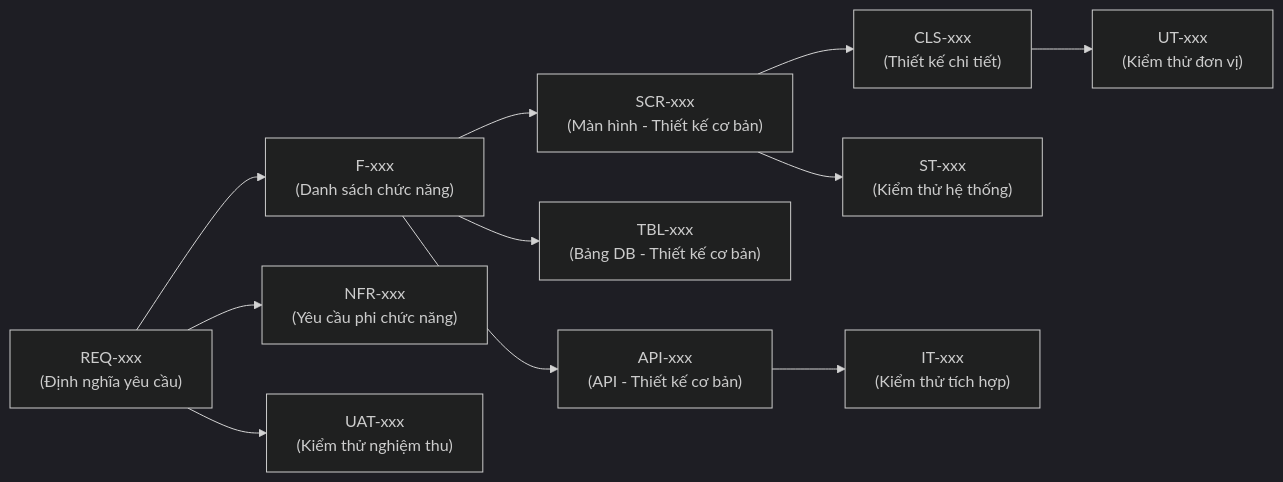
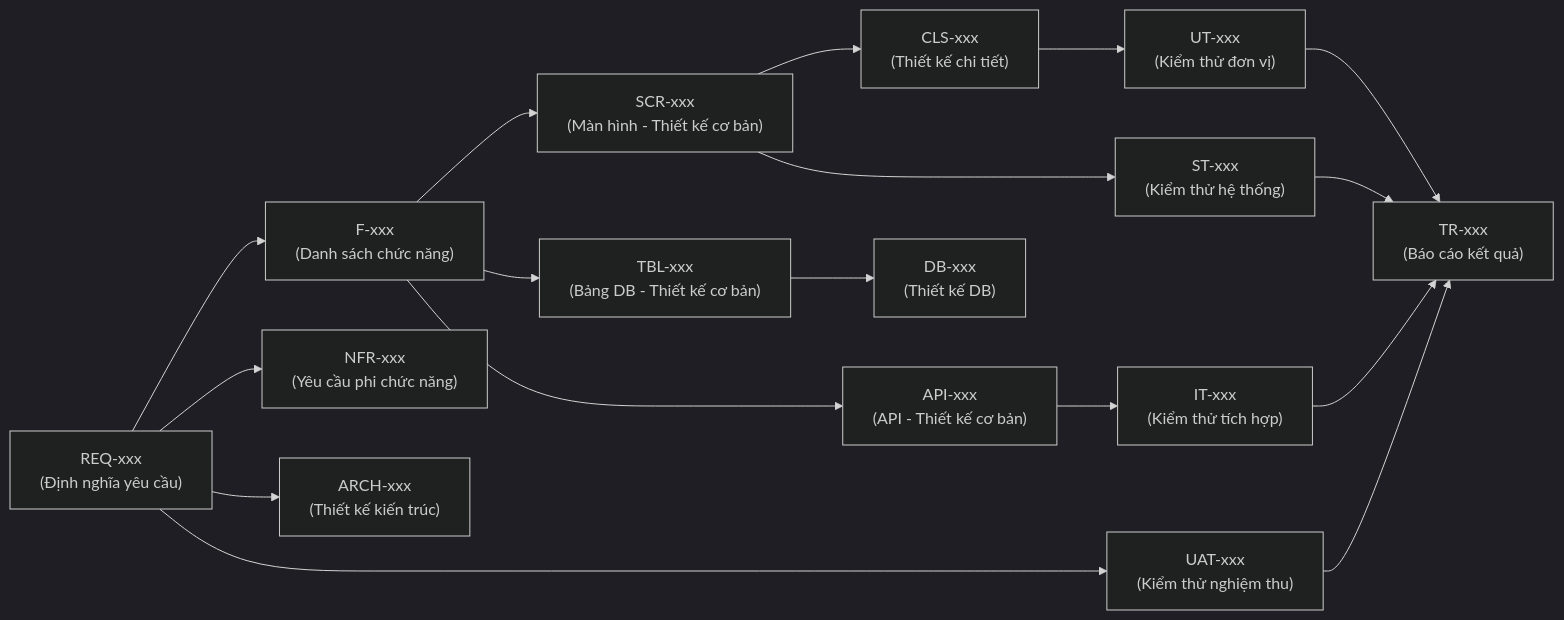
Before and after one commit to bienhoang/sekkei-ai-agents: the third of 3 diagrams in docs/user-guide/02-v-model-and-documents.md, drawn with Mermaid (dark theme). The commit also changed other lines of this file and 7 other files, not shown here.

````diff
--- a/docs/user-guide/02-v-model-and-documents.md
+++ b/docs/user-guide/02-v-model-and-documents.md
@@ -244,13 +314,19 @@
 ```mermaid
 flowchart LR
     REQ["REQ-xxx\n(Định nghĩa yêu cầu)"] --> F["F-xxx\n(Danh sách chức năng)"]
     REQ --> NFR2["NFR-xxx\n(Yêu cầu phi chức năng)"]
+    REQ --> ARCH["ARCH-xxx\n(Thiết kế kiến trúc)"]
     F --> SCR["SCR-xxx\n(Màn hình - Thiết kế cơ bản)"]
     F --> TBL["TBL-xxx\n(Bảng DB - Thiết kế cơ bản)"]
     F --> API["API-xxx\n(API - Thiết kế cơ bản)"]
+    TBL --> DB2["DB-xxx\n(Thiết kế DB)"]
     SCR --> CLS["CLS-xxx\n(Thiết kế chi tiết)"]
     CLS --> UT2["UT-xxx\n(Kiểm thử đơn vị)"]
     API --> IT2["IT-xxx\n(Kiểm thử tích hợp)"]
     SCR --> ST2["ST-xxx\n(Kiểm thử hệ thống)"]
     REQ --> UAT2["UAT-xxx\n(Kiểm thử nghiệm thu)"]
+    UT2 --> TR["TR-xxx\n(Báo cáo kết quả)"]
+    IT2 --> TR
+    ST2 --> TR
+    UAT2 --> TR
 ```
````
